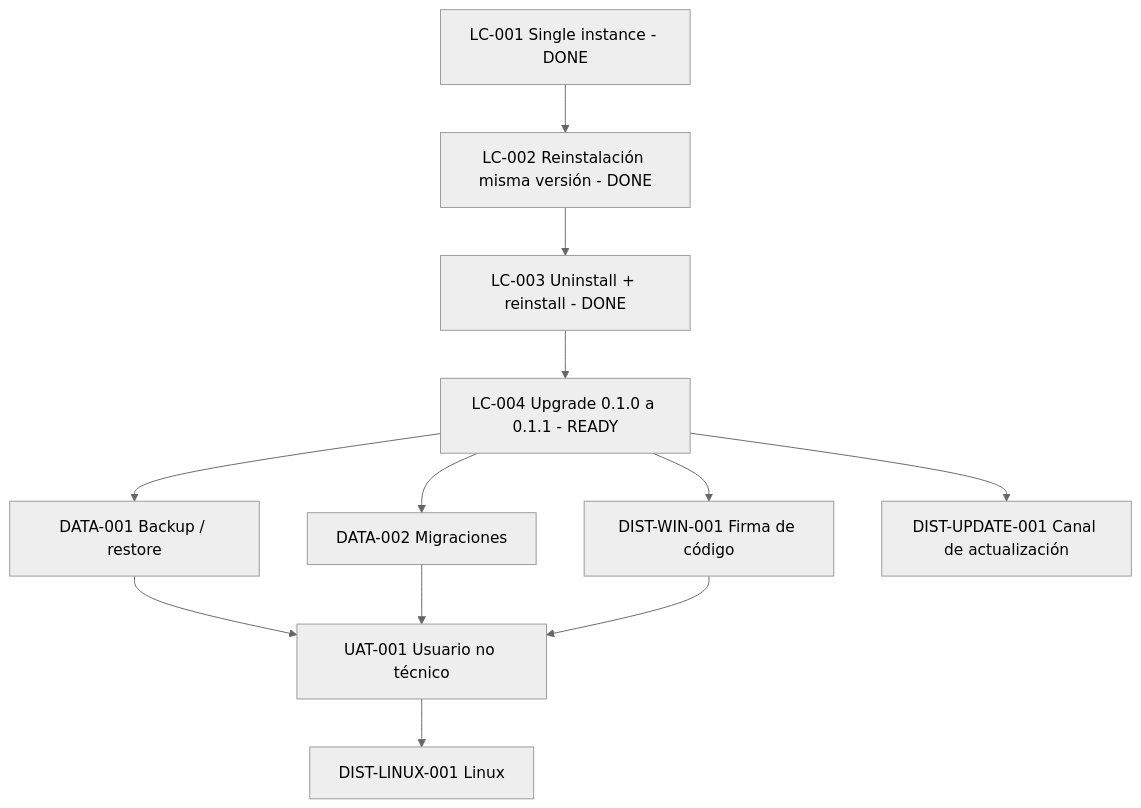
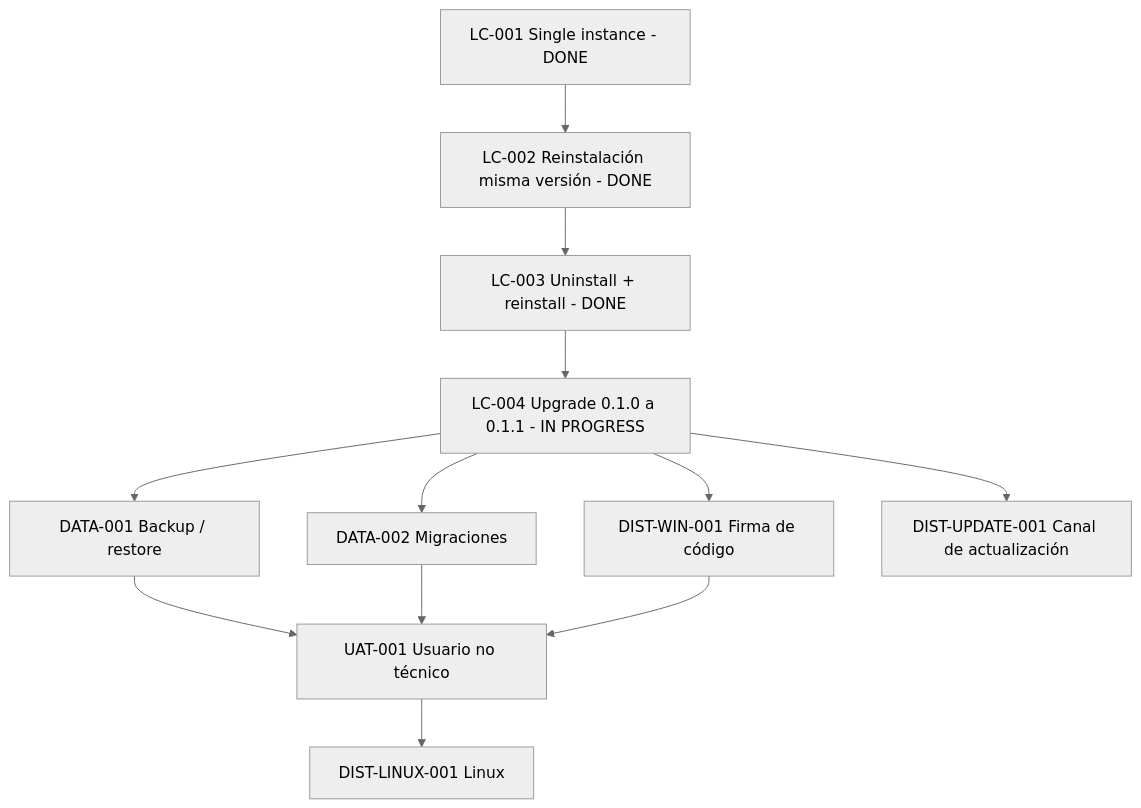
Before and after one commit to cmartinezs/personal-tax-ledger: the diagram in docs/backlog/desktop-lifecycle-and-distribution.md, drawn with Mermaid (neutral theme). The commit also changed other lines of this file, not shown here.

````diff
--- a/docs/backlog/desktop-lifecycle-and-distribution.md
+++ b/docs/backlog/desktop-lifecycle-and-distribution.md
@@ -381,14 +393,14 @@
 ```mermaid
 flowchart TD
     A["LC-001 Single instance - DONE"] --> B["LC-002 Reinstalación misma versión - DONE"]
     B --> C["LC-003 Uninstall + reinstall - DONE"]
-    C --> D["LC-004 Upgrade 0.1.0 a 0.1.1 - READY"]
+    C --> D["LC-004 Upgrade 0.1.0 a 0.1.1 - IN PROGRESS"]
     D --> E["DATA-001 Backup / restore"]
     D --> F["DATA-002 Migraciones"]
     D --> G["DIST-WIN-001 Firma de código"]
     E --> H["UAT-001 Usuario no técnico"]
     F --> H
     G --> H
     H --> I["DIST-LINUX-001 Linux"]
     D --> J["DIST-UPDATE-001 Canal de actualización"]
 ```
````
